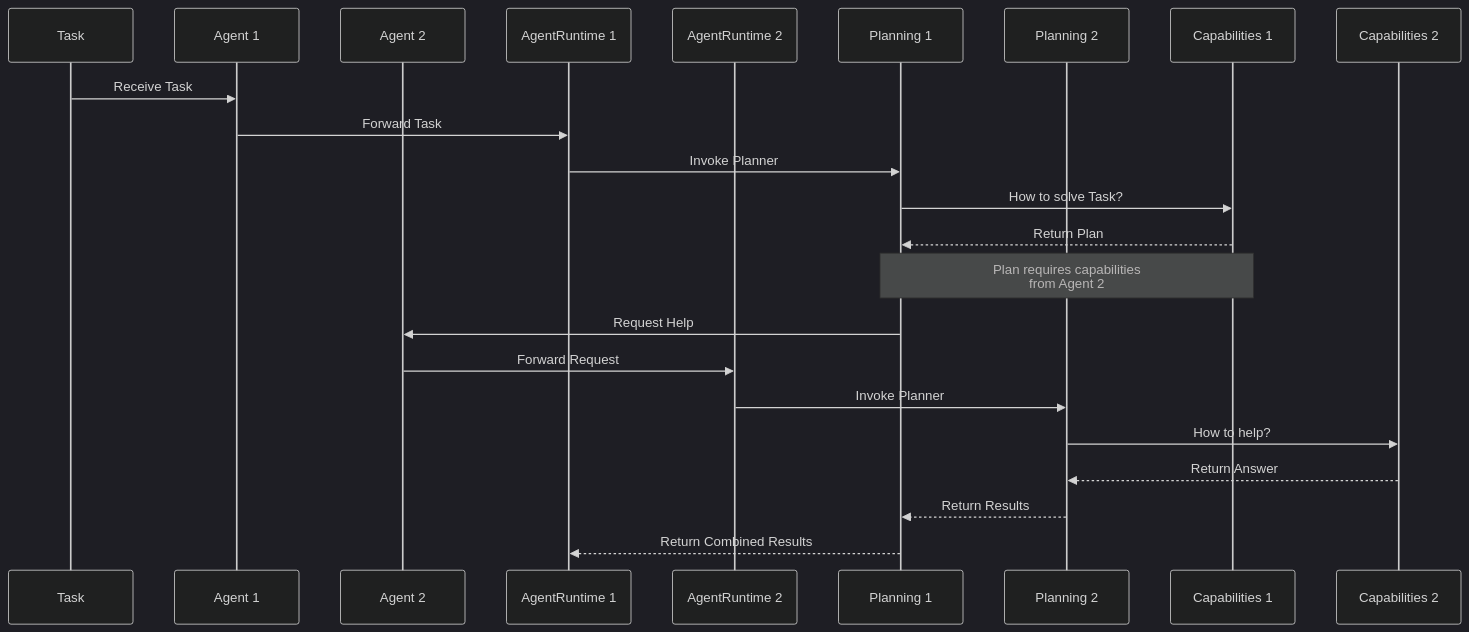
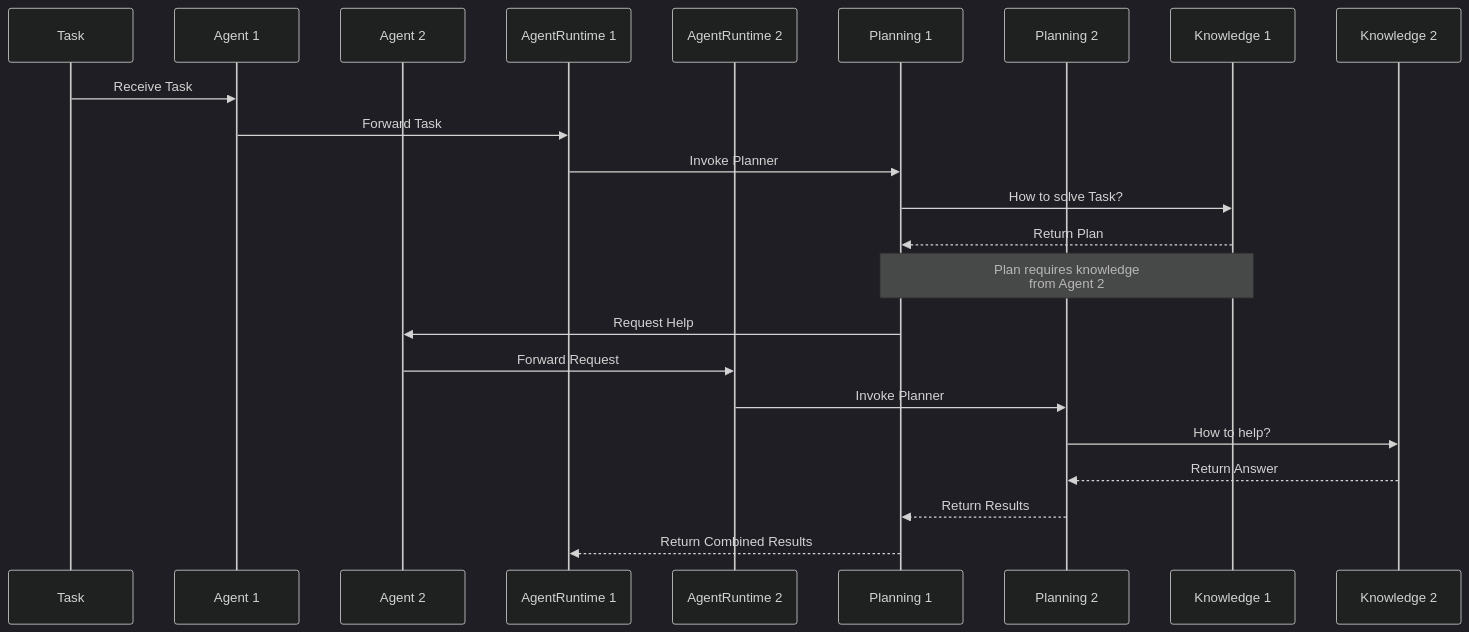
The seventh of 9 diagrams in opendxa/README.md (aitomatic/dana), drawn with Mermaid (dark theme) before and after one commit. The commit also changed other lines of this file and 26 other files, not shown here.

First line of the commit message:
Refactor OpenDXA architecture and enhance documentation

````diff
--- a/opendxa/README.md
+++ b/opendxa/README.md
@@ -190,26 +325,26 @@
 ```mermaid
 sequenceDiagram
     participant T as Task
     participant A1 as Agent 1
     participant A2 as Agent 2
     participant AR1 as AgentRuntime 1
     participant AR2 as AgentRuntime 2
     participant P1 as Planning 1
     participant P2 as Planning 2
-    participant C1 as Capabilities 1
-    participant C2 as Capabilities 2
+    participant K1 as Knowledge 1
+    participant K2 as Knowledge 2
 
     T->>A1: Receive Task
     A1->>AR1: Forward Task
     AR1->>P1: Invoke Planner
-    P1->>C1: How to solve Task?
-    C1-->>P1: Return Plan
-    Note over C1,P1: Plan requires capabilities<br/>from Agent 2
+    P1->>K1: How to solve Task?
+    K1-->>P1: Return Plan
+    Note over K1,P1: Plan requires knowledge<br/>from Agent 2
     P1->>A2: Request Help
     A2->>AR2: Forward Request
     AR2->>P2: Invoke Planner
-    P2->>C2: How to help?
-    C2-->>P2: Return Answer
+    P2->>K2: How to help?
+    K2-->>P2: Return Answer
     P2-->>P1: Return Results
     P1-->>AR1: Return Combined Results
 ```
````
